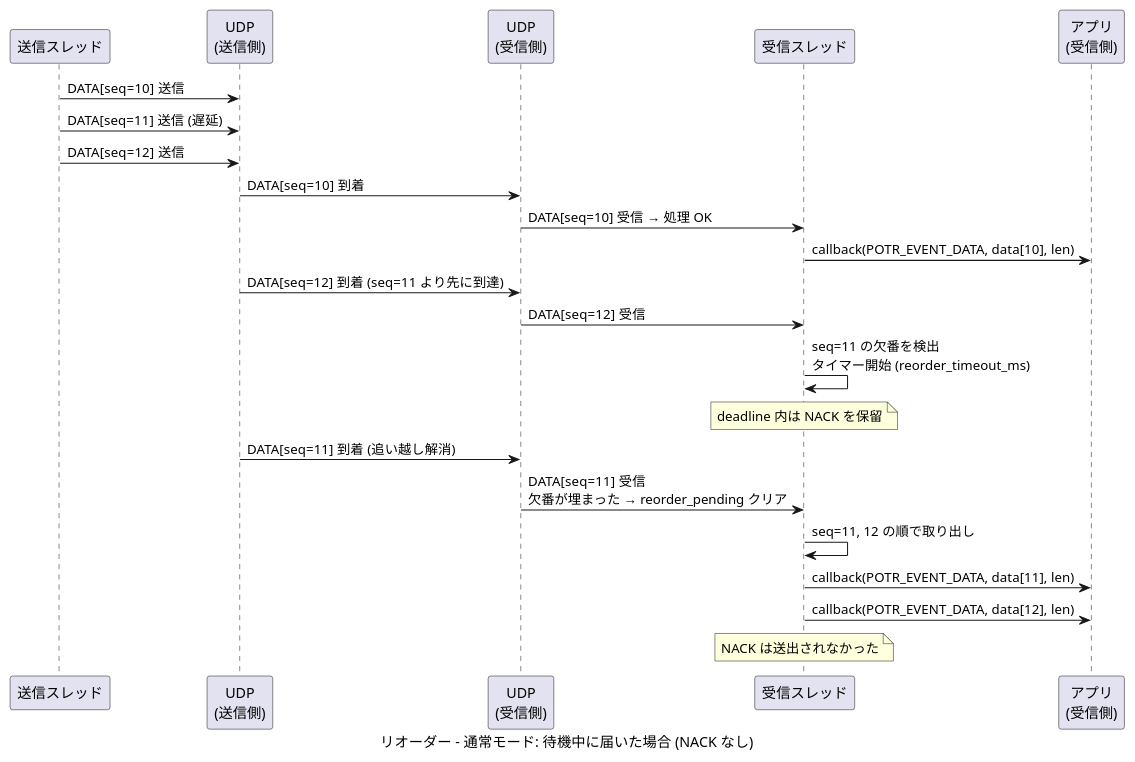
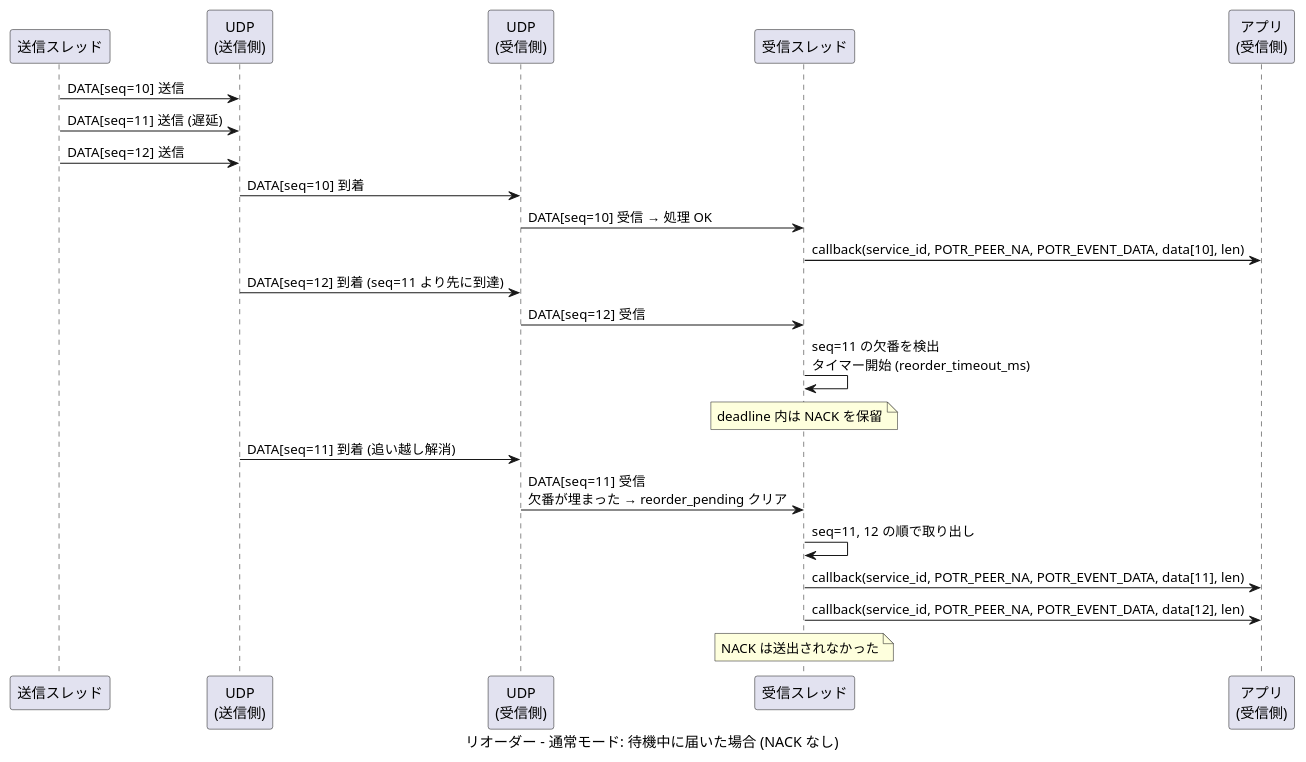
Before and after one commit to Hondarer/c-modernization-kit: the seventh of 20 diagrams in prod/porter/docs/sequence.md, drawn with PlantUML. The commit also changed other lines of this file and 13 other files, not shown here.

````diff
--- a/prod/porter/docs/sequence.md
+++ b/prod/porter/docs/sequence.md
@@ -243,34 +243,34 @@
 ```plantuml
 @startuml リオーダー - 通常モード 待機中に届いた場合
 caption リオーダー - 通常モード: 待機中に届いた場合 (NACK なし)
 
 participant "送信スレッド" as ST
 participant "UDP\n(送信側)" as SUDP
 participant "UDP\n(受信側)" as RUDP
 participant "受信スレッド" as RRT
 participant "アプリ\n(受信側)" as RAPP
 
 ST -> SUDP: DATA[seq=10] 送信
 ST -> SUDP: DATA[seq=11] 送信 (遅延)
 ST -> SUDP: DATA[seq=12] 送信
 
 SUDP -> RUDP: DATA[seq=10] 到着
 RUDP -> RRT: DATA[seq=10] 受信 → 処理 OK
-RRT -> RAPP: callback(POTR_EVENT_DATA, data[10], len)
+RRT -> RAPP: callback(service_id, POTR_PEER_NA, POTR_EVENT_DATA, data[10], len)
 
 SUDP -> RUDP: DATA[seq=12] 到着 (seq=11 より先に到達)
 
 RUDP -> RRT: DATA[seq=12] 受信
 RRT -> RRT: seq=11 の欠番を検出\nタイマー開始 (reorder_timeout_ms)
 note over RRT: deadline 内は NACK を保留
 
 SUDP -> RUDP: DATA[seq=11] 到着 (追い越し解消)
 RUDP -> RRT: DATA[seq=11] 受信\n欠番が埋まった → reorder_pending クリア
 RRT -> RRT: seq=11, 12 の順で取り出し
-RRT -> RAPP: callback(POTR_EVENT_DATA, data[11], len)
-RRT -> RAPP: callback(POTR_EVENT_DATA, data[12], len)
+RRT -> RAPP: callback(service_id, POTR_PEER_NA, POTR_EVENT_DATA, data[11], len)
+RRT -> RAPP: callback(service_id, POTR_PEER_NA, POTR_EVENT_DATA, data[12], len)
 
 note over RRT: NACK は送出されなかった
 
 @enduml
 ```
````
